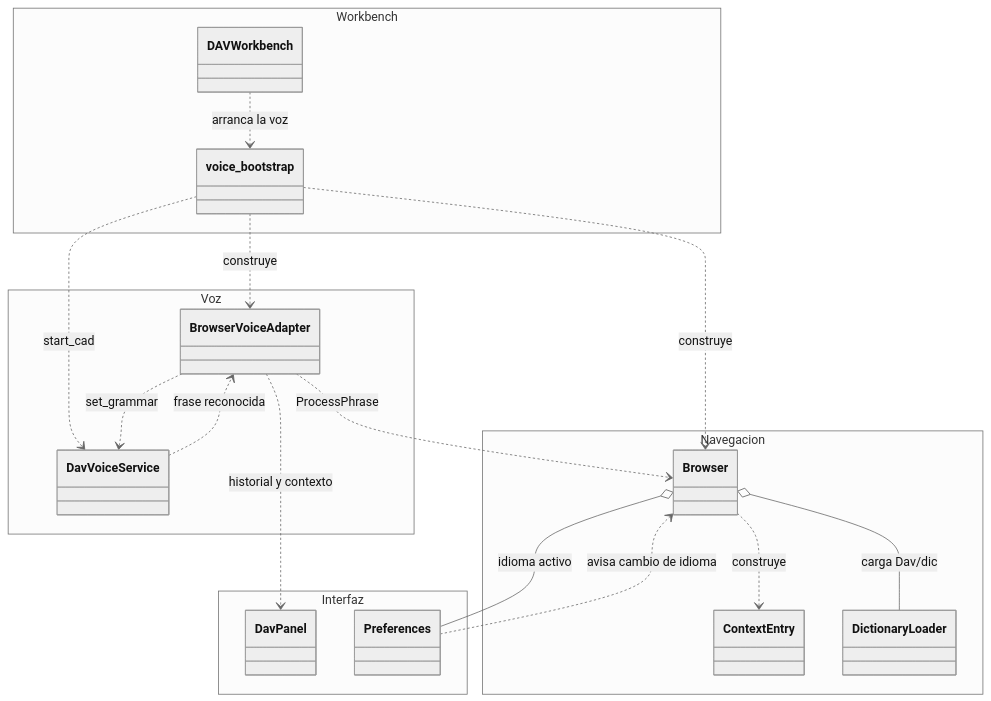
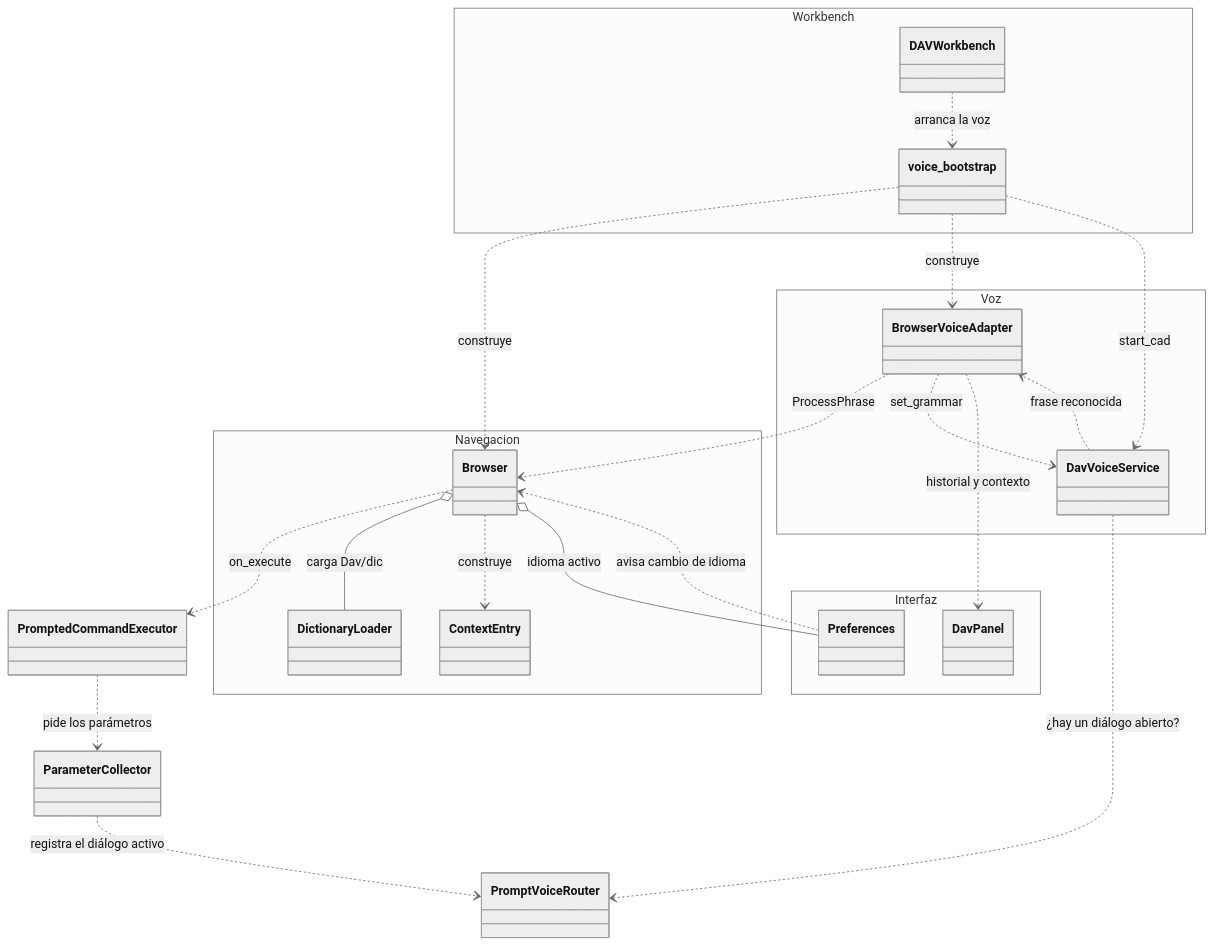
Before and after one commit to DAv-Project-Team-UADER/DAV: the first of 2 diagrams in Dav/docs/diagramas/README.md, drawn with Mermaid (neutral theme). The commit also changed other lines of this file and 12 other files, not shown here.

First line of the commit message:
Docs: revamp dic/CONTEXT and fix diagrams

````diff
--- a/Dav/docs/diagramas/README.md
+++ b/Dav/docs/diagramas/README.md
@@ -63,38 +98,42 @@
 ```mermaid
 classDiagram
     namespace Workbench {
         class DAVWorkbench
         class voice_bootstrap
     }
 
     namespace Voz {
         class DavVoiceService
         class BrowserVoiceAdapter
     }
 
     namespace Navegacion {
         class Browser
         class ContextEntry
         class DictionaryLoader
     }
 
     namespace Interfaz {
         class DavPanel
         class Preferences
     }
 
     DAVWorkbench ..> voice_bootstrap : arranca la voz
     voice_bootstrap ..> Browser : construye
     voice_bootstrap ..> BrowserVoiceAdapter : construye
     voice_bootstrap ..> DavVoiceService : start_cad
 
+    DavVoiceService ..> PromptVoiceRouter : ¿hay un diálogo abierto?
     DavVoiceService ..> BrowserVoiceAdapter : frase reconocida
     BrowserVoiceAdapter ..> Browser : ProcessPhrase
     BrowserVoiceAdapter ..> DavVoiceService : set_grammar
     BrowserVoiceAdapter ..> DavPanel : historial y contexto
 
+    Browser ..> PromptedCommandExecutor : on_execute
+    PromptedCommandExecutor ..> ParameterCollector : pide los parámetros
+    ParameterCollector ..> PromptVoiceRouter : registra el diálogo activo
     Browser o-- DictionaryLoader : carga Dav/dic
     Browser ..> ContextEntry : construye
     Browser o-- Preferences : idioma activo
     Preferences ..> Browser : avisa cambio de idioma
 ```
````
